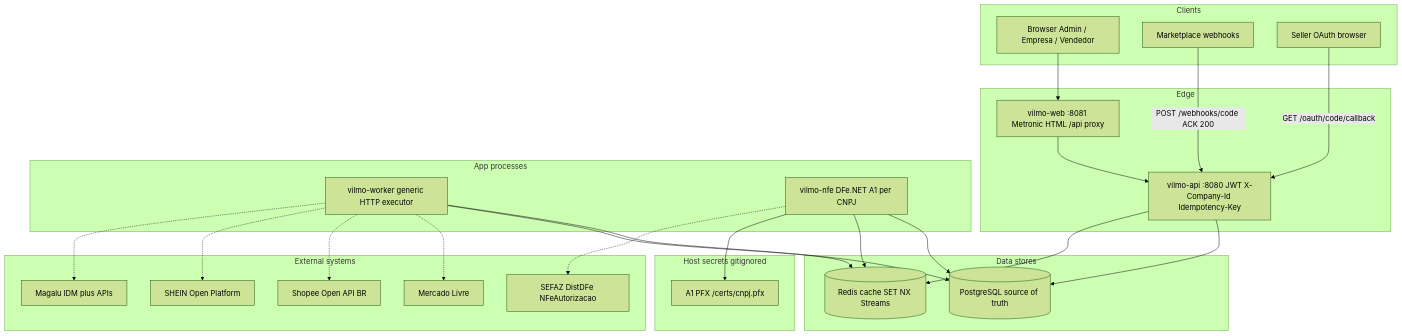
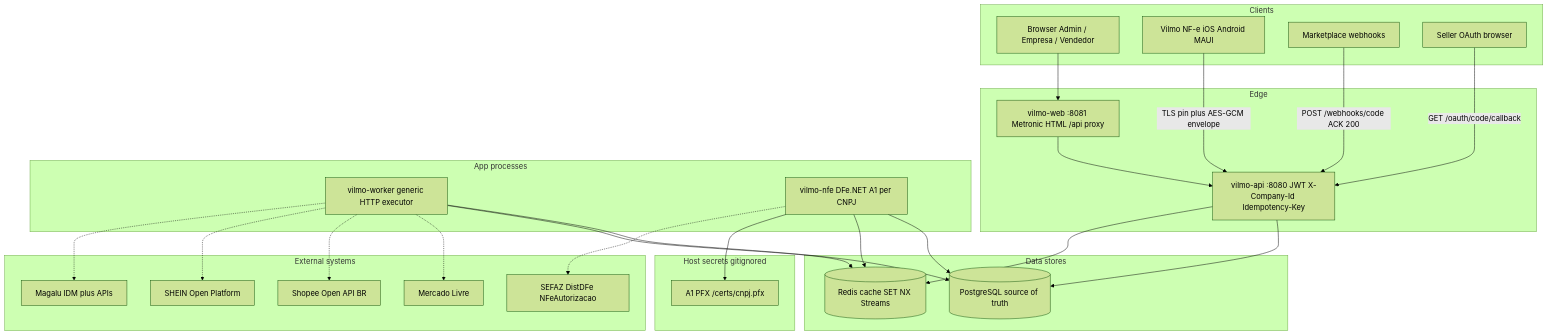
One commit to andrevilmo/VilmoMarketingEngine changed the first of 9 diagrams in MD/ARCHITECTURE.md. Above: the diagram before and after it, drawn with Mermaid (forest theme). The commit also changed other lines of this file and 9 other files, not shown here.

````diff
--- a/MD/ARCHITECTURE.md
+++ b/MD/ARCHITECTURE.md
@@ -28,54 +29,56 @@
 ```mermaid
 flowchart TB
   subgraph clients ["Clients"]
     browser["Browser Admin / Empresa / Vendedor"]
+    mobile["Vilmo NF-e iOS Android MAUI"]
     mpHook["Marketplace webhooks"]
     oauthUser["Seller OAuth browser"]
   end
 
   subgraph edge ["Edge"]
     web["vilmo-web :8081 Metronic HTML /api proxy"]
     api["vilmo-api :8080 JWT X-Company-Id Idempotency-Key"]
   end
 
   subgraph apps ["App processes"]
     worker["vilmo-worker generic HTTP executor"]
     nfe["vilmo-nfe DFe.NET A1 per CNPJ"]
   end
 
   subgraph data ["Data stores"]
     pg[("PostgreSQL source of truth")]
     redis[("Redis cache SET NX Streams")]
   end
 
   subgraph secrets ["Host secrets gitignored"]
     pfx["A1 PFX /certs/cnpj.pfx"]
   end
 
   subgraph ext ["External systems"]
     ml["Mercado Livre"]
     shopee["Shopee Open API BR"]
     shein["SHEIN Open Platform"]
     magalu["Magalu IDM plus APIs"]
     sefaz["SEFAZ DistDFe NFeAutorizacao"]
   end
 
   browser --> web
+  mobile -->|"TLS pin plus AES-GCM envelope"| api
   web --> api
   mpHook -->|"POST /webhooks/code ACK 200"| api
   oauthUser -->|"GET /oauth/code/callback"| api
 
   api --> pg
   api --> redis
   worker --> pg
   worker --> redis
   nfe --> pg
   nfe --> redis
   nfe --> pfx
 
   worker -.-> ml
   worker -.-> shopee
   worker -.-> shein
   worker -.-> magalu
   nfe -.-> sefaz
 ```
````
